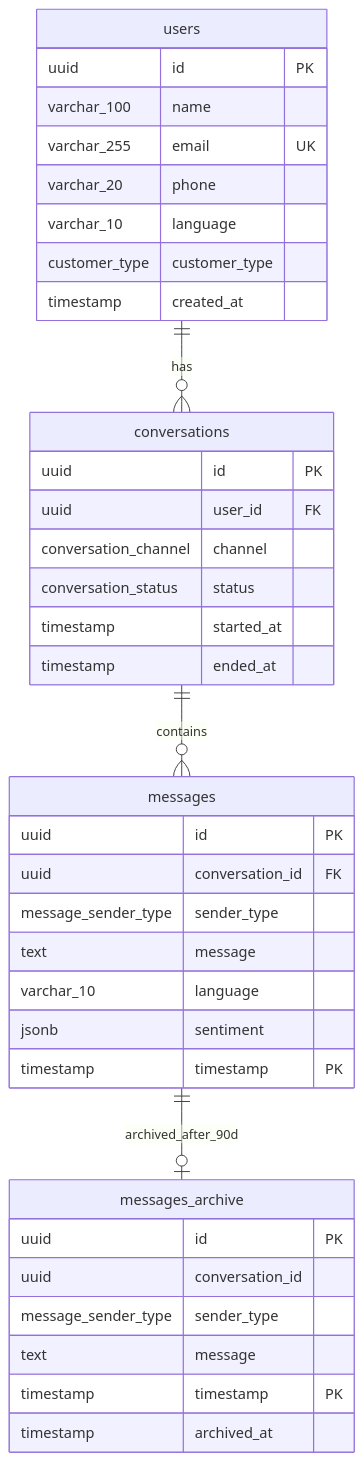
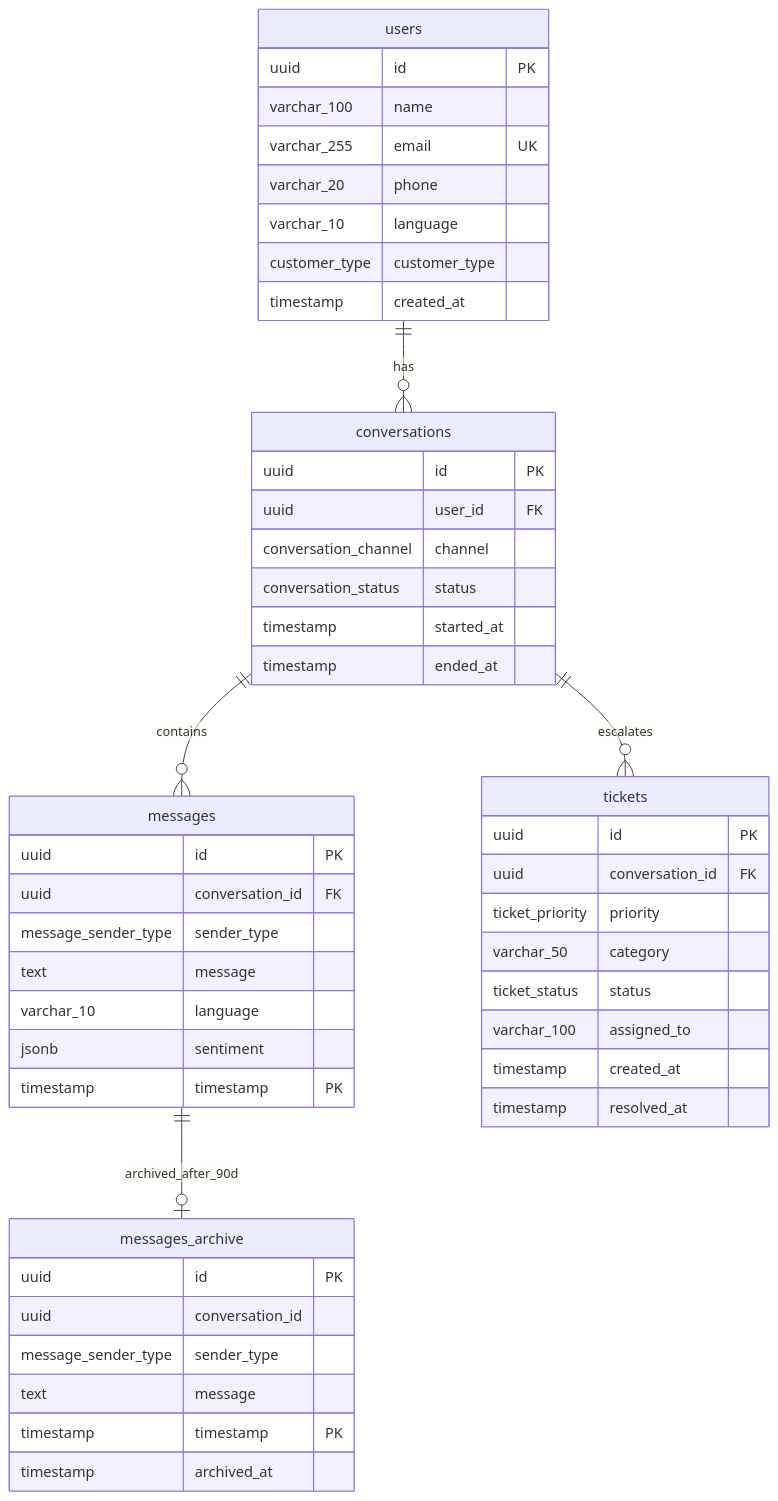
The second of 2 diagrams in docs/architecture/EPIC_1.2_DATABASE_SCHEMA.md (amannagar1809/ai_cumtomer_support_system), drawn with Mermaid before and after one commit. The commit also changed other lines of this file and 11 other files, not shown here.

````diff
--- a/docs/architecture/EPIC_1.2_DATABASE_SCHEMA.md
+++ b/docs/architecture/EPIC_1.2_DATABASE_SCHEMA.md
@@ -264,45 +339,57 @@
 ```mermaid
 erDiagram
     users ||--o{ conversations : has
     conversations ||--o{ messages : contains
+    conversations ||--o{ tickets : escalates
 
     users {
         uuid id PK
         varchar_100 name
         varchar_255 email UK
         varchar_20 phone
         varchar_10 language
         customer_type customer_type
         timestamp created_at
     }
 
     conversations {
         uuid id PK
         uuid user_id FK
         conversation_channel channel
         conversation_status status
         timestamp started_at
         timestamp ended_at
     }
 
     messages {
         uuid id PK
         uuid conversation_id FK
         message_sender_type sender_type
         text message
         varchar_10 language
         jsonb sentiment
         timestamp timestamp PK
     }
 
     messages_archive {
         uuid id PK
         uuid conversation_id
         message_sender_type sender_type
         text message
         timestamp timestamp PK
         timestamp archived_at
     }
 
+    tickets {
+        uuid id PK
+        uuid conversation_id FK
+        ticket_priority priority
+        varchar_50 category
+        ticket_status status
+        varchar_100 assigned_to
+        timestamp created_at
+        timestamp resolved_at
+    }
+
     messages ||--o| messages_archive : archived_after_90d
 ```
````
